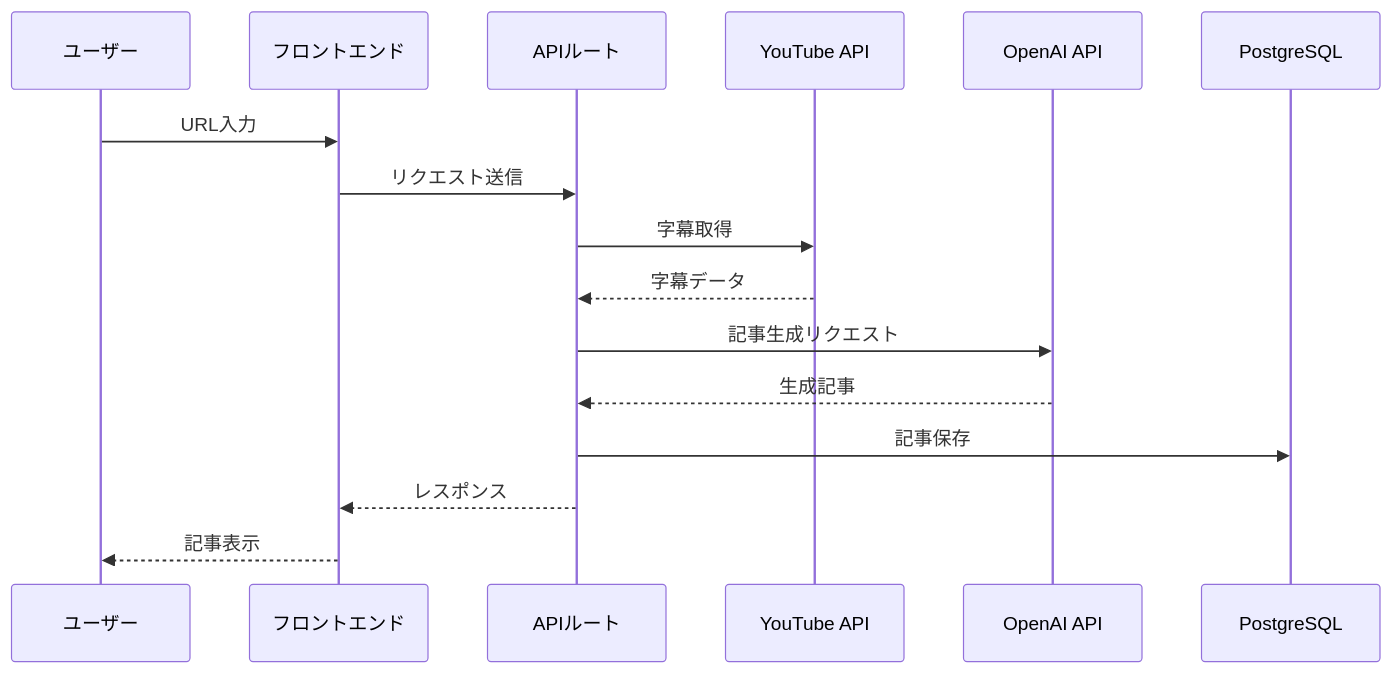
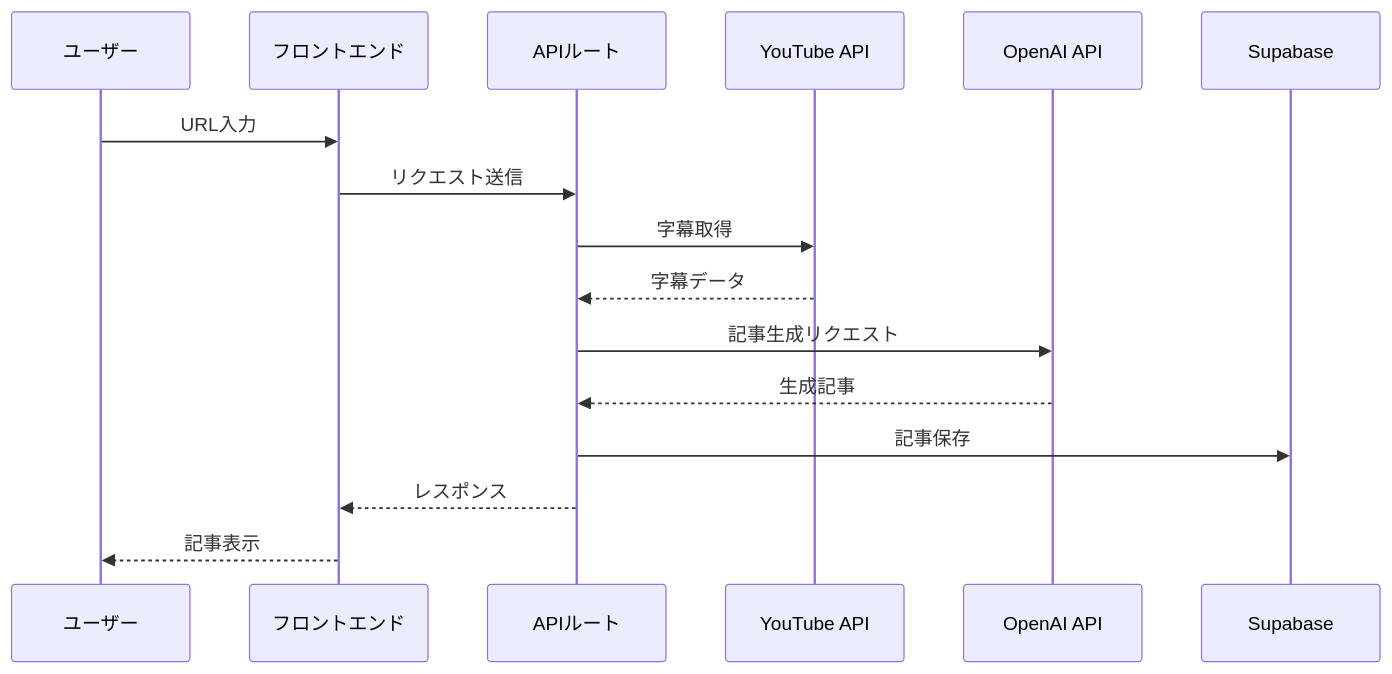
Before and after one commit to iamyosuke/youtube-blog-ai: the second of 2 diagrams in memory-bank/systemPatterns.md, drawn with Mermaid. The commit also changed other lines of this file and 2 other files, not shown here.

````diff
--- a/memory-bank/systemPatterns.md
+++ b/memory-bank/systemPatterns.md
@@ -40,19 +40,19 @@
 ```mermaid
 sequenceDiagram
     participant User as ユーザー
     participant Frontend as フロントエンド
     participant API as APIルート
     participant YT as YouTube API
     participant AI as OpenAI API
-    participant DB as PostgreSQL
+    participant DB as Supabase
 
     User->>Frontend: URL入力
     Frontend->>API: リクエスト送信
     API->>YT: 字幕取得
     YT-->>API: 字幕データ
     API->>AI: 記事生成リクエスト
     AI-->>API: 生成記事
     API->>DB: 記事保存
     API-->>Frontend: レスポンス
     Frontend-->>User: 記事表示
 ```
````
